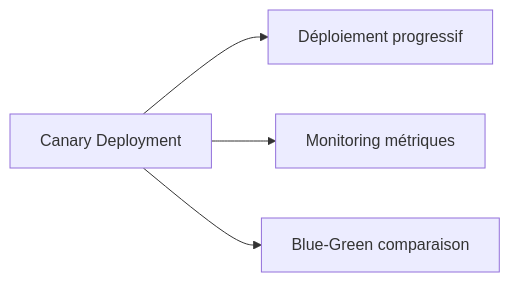
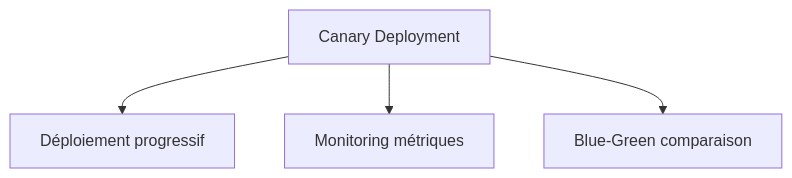
Before and after one commit to zyrass/omnydocs: the sixth of 30 diagrams in docs/glossaire/devsecops.md, drawn with Mermaid. The commit also changed other lines of this file and 1780 other files, not shown here.

````diff
--- a/docs/glossaire/devsecops.md
+++ b/docs/glossaire/devsecops.md
@@ -129,6 +155,6 @@
-    ```mermaid
-    graph LR
-        A[Canary Deployment] --> B[Déploiement progressif]
-        A --> C[Monitoring métriques]
-        A --> D[Blue-Green comparaison]
-    ```
+```mermaid
+graph TB
+    A[Canary Deployment] --> B[Déploiement progressif]
+    A --> C[Monitoring métriques]
+    A --> D[Blue-Green comparaison]
+```
````
